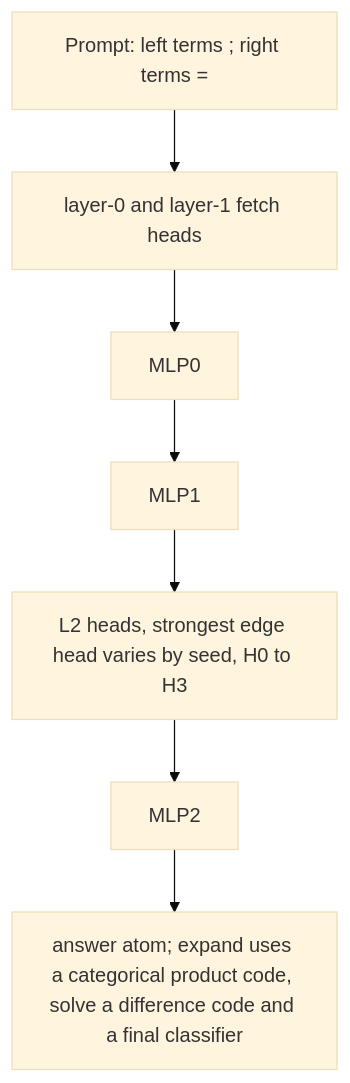
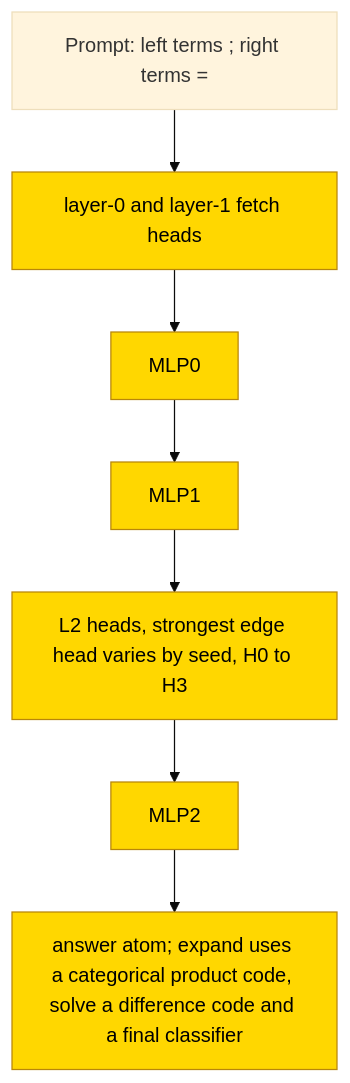
One commit to jc1122/mechanistic-interpretability-circuit-atlas changed the second of 2 diagrams in entries/symbolic-algebra-atoms.md. Above: the diagram before and after it, drawn with Mermaid (base theme). The commit also changed other lines of this file and 54 other files, not shown here.

````diff
--- a/entries/symbolic-algebra-atoms.md
+++ b/entries/symbolic-algebra-atoms.md
@@ -176,9 +199,11 @@
 ```mermaid
 flowchart TD
     P["Prompt: left terms ; right terms ="] --> F["layer-0 and layer-1 fetch heads"]
     F --> M0["MLP0"]
     M0 --> M1["MLP1"]
     M1 --> H2["L2 heads, strongest edge head varies by seed, H0 to H3"]
     H2 --> M2["MLP2"]
     M2 --> Y["answer atom; expand uses a categorical product code, solve a difference code and a final classifier"]
+    classDef trained fill:gold,stroke:darkgoldenrod,color:black
+    class F,M0,M1,H2,M2,Y trained
 ```
````
